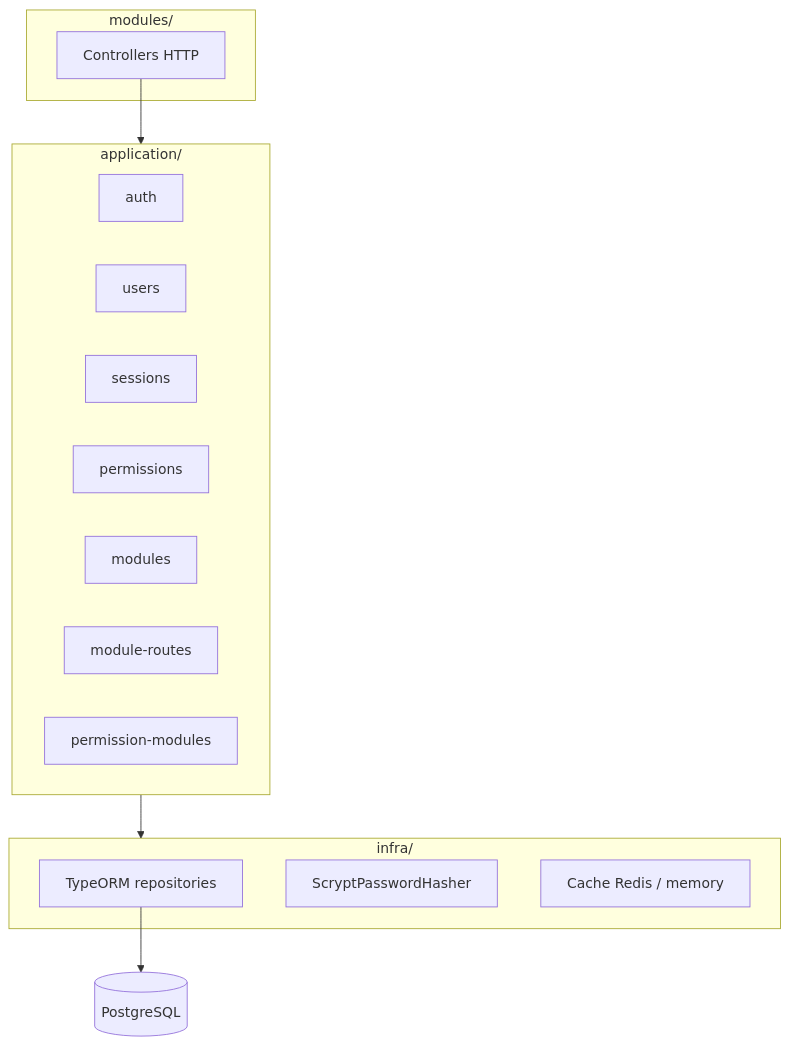
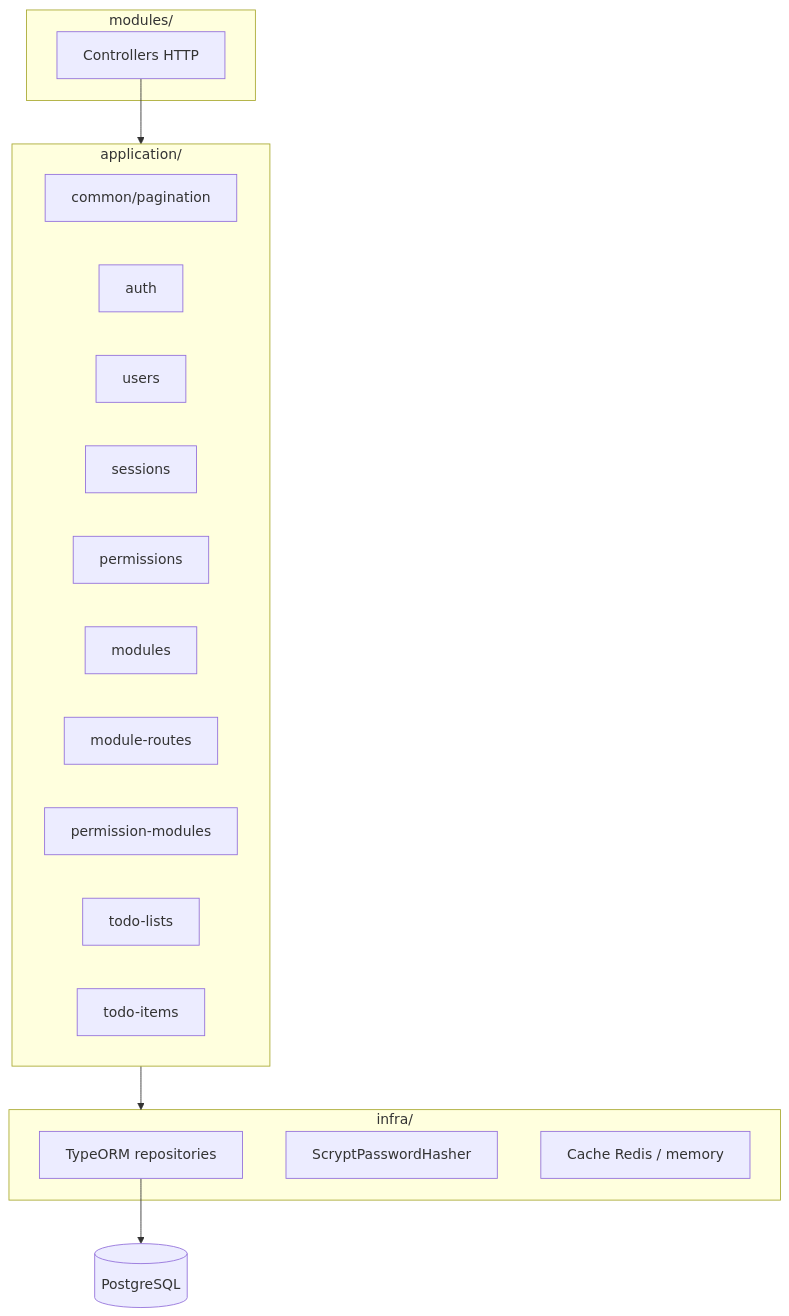
Before and after one commit to GustavoSF643/todo-list.api: the third of 4 diagrams in docs/diagrams/architecture.md, drawn with Mermaid. The commit also changed other lines of this file and 72 other files, not shown here.

````diff
--- a/docs/diagrams/architecture.md
+++ b/docs/diagrams/architecture.md
@@ -55,26 +57,29 @@
 ```mermaid
 flowchart TB
   subgraph modules [modules/]
     Controllers[Controllers HTTP]
   end
 
   subgraph application [application/]
+    PaginationCtx[common/pagination]
     AuthCtx[auth]
     UsersCtx[users]
     SessionsCtx[sessions]
     PermissionsCtx[permissions]
     ModulesCtx[modules]
     ModuleRoutesCtx[module-routes]
     PermissionModulesCtx[permission-modules]
+    TodoListsCtx[todo-lists]
+    TodoItemsCtx[todo-items]
   end
 
   subgraph infra [infra/]
     Repos[TypeORM repositories]
     Hasher[ScryptPasswordHasher]
     Cache[Cache Redis / memory]
   end
 
   Controllers --> application
   application --> infra
   Repos --> DB[(PostgreSQL)]
 ```
````
